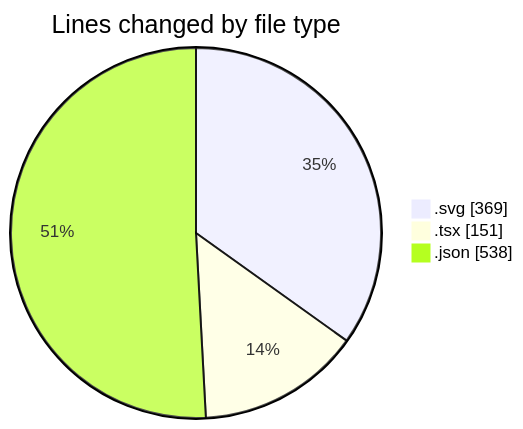
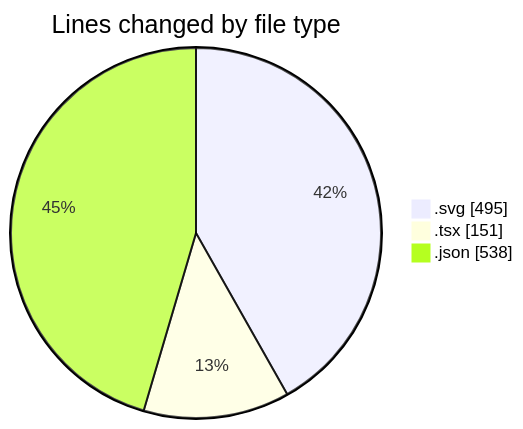
One commit to EIIisD/code-tracking changed the first of 2 diagrams in 2025-08-06/tw-server/README.md. Above: the diagram before and after it, drawn with Mermaid. The commit also changed other lines of this file and 1 other file, not shown here.

````diff
--- a/2025-08-06/tw-server/README.md
+++ b/2025-08-06/tw-server/README.md
@@ -27,7 +30,7 @@
 ```mermaid
 pie showData
 title Lines changed by file type
-".svg" : 369
+".svg" : 495
 ".tsx" : 151
 ".json" : 538
 ```
````
